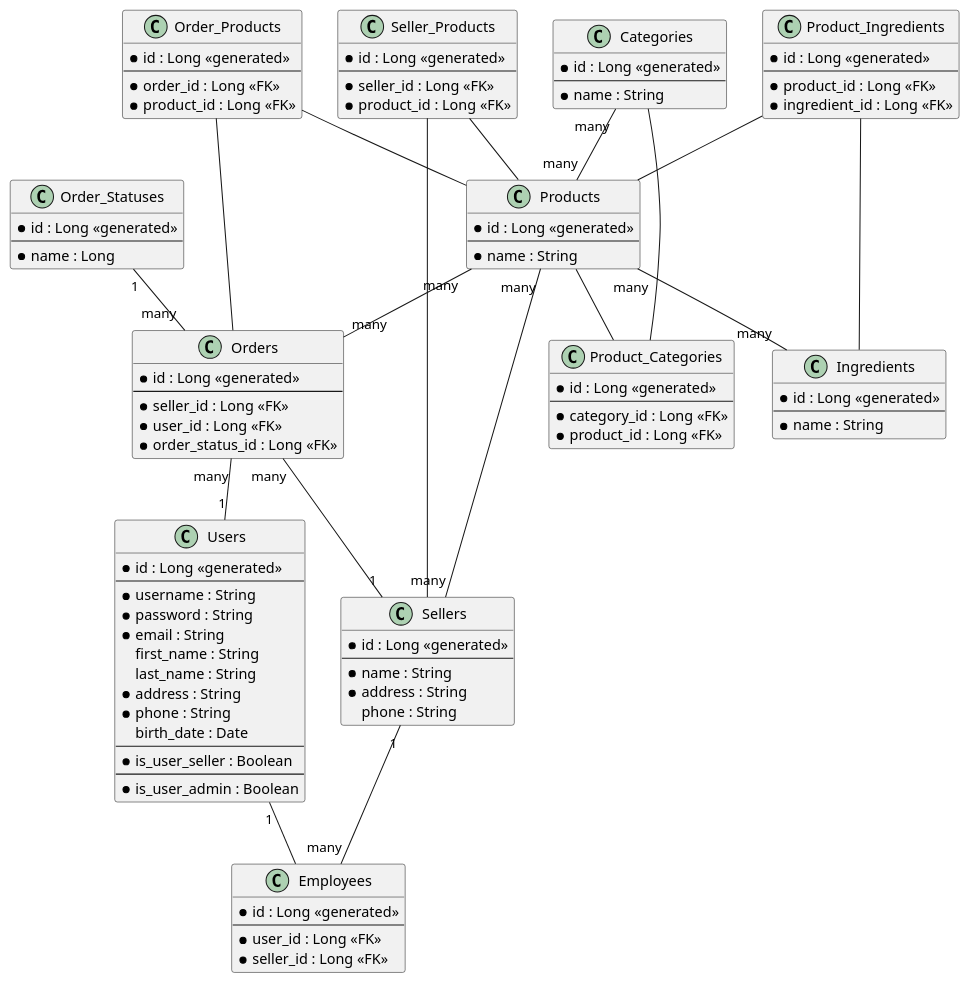
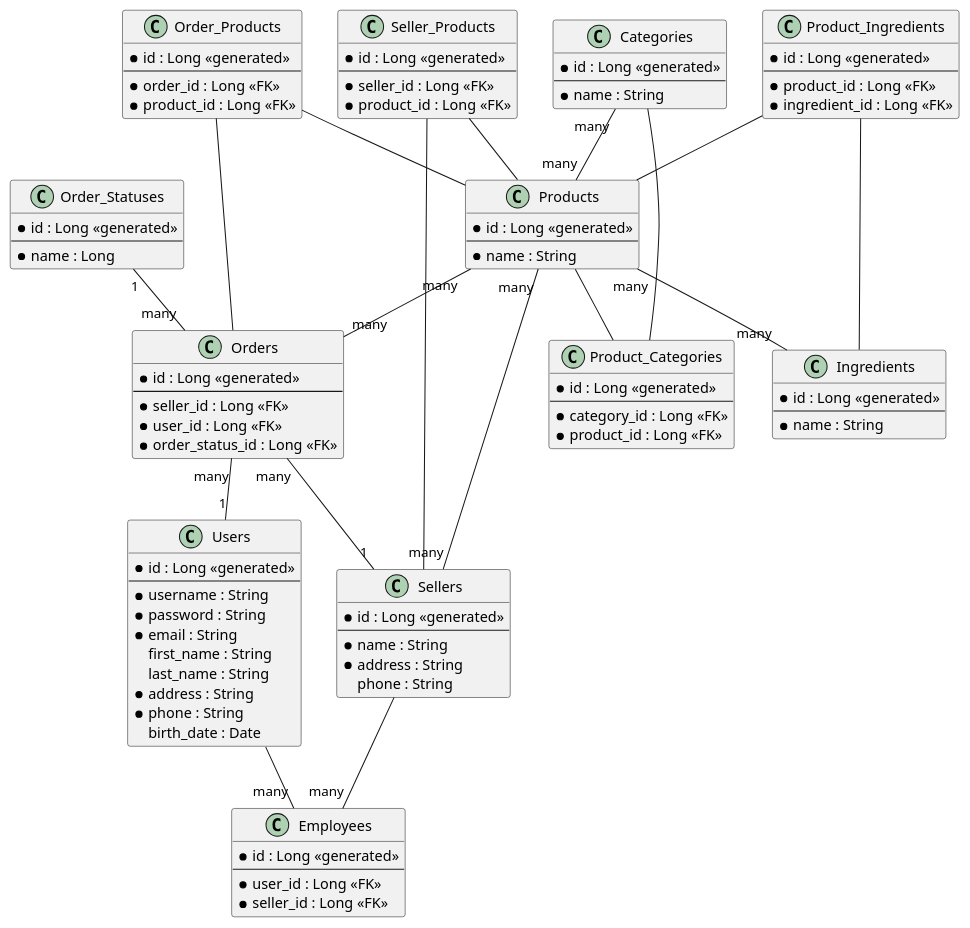
Before and after one commit to csistoc/foodMarket: the diagram in src/main/resources/diagram.puml, drawn with PlantUML. The commit also changed 14 other files, not shown here.

Commit message:
Changed EMPLOYEES table to be a many to many between USERS and SELLERS.

```diff
--- a/src/main/resources/diagram.puml
+++ b/src/main/resources/diagram.puml
@@ -1,144 +1,140 @@
 @startuml
 
 ' Zero or One 	|o--
 ' Exactly One 	||--
 ' Zero or Many 	}o--
 ' One or Many 	}|--
 
 ' dot = mandatory field
 
 ' avoid problems with angled crows feet
 ' skinparam linetype ortho
 
 class "Users" {
     *id : Long <<generated>>
     --
     *username : String
     *password : String
     *email : String
     first_name : String
     last_name : String
     *address : String
     *phone : String
     birth_date : Date
-    --
-    *is_user_seller : Boolean
-    --
-    *is_user_admin : Boolean
 }
 
 class "Sellers" {
     *id : Long <<generated>>
     --
     *name : String
     *address : String
     phone : String
 }
 
 class "Employees" {
     *id : Long <<generated>>
     --
     *user_id : Long <<FK>>
     *seller_id : Long <<FK>>
 }
 
 class "Categories" {
     *id : Long <<generated>>
     --
     *name : String
 }
 
 class "Product_Categories" {
     *id : Long <<generated>>
     --
     *category_id : Long <<FK>>
     *product_id : Long <<FK>>
 }
 
 class "Ingredients" {
     *id : Long <<generated>>
     --
     *name : String
 }
 
 class "Products" {
     *id : Long <<generated>>
     --
     *name : String
 }
 
 class "Product_Ingredients" {
     *id : Long <<generated>>
     --
     *product_id : Long <<FK>>
     *ingredient_id : Long <<FK>>
 }
 
 class "Seller_Products" {
     *id : Long <<generated>>
     --
     *seller_id : Long <<FK>>
     *product_id : Long <<FK>>
 }
 
 class "Order_Statuses" {
     *id : Long <<generated>>
     --
     *name : Long
 }
 
 class "Orders" {
     *id : Long <<generated>>
     --
     *seller_id : Long <<FK>>
     *user_id : Long <<FK>>
     *order_status_id : Long <<FK>>
 }
 
 class "Order_Products" {
     *id : Long <<generated>>
     --
     *order_id : Long <<FK>>
     *product_id : Long <<FK>>
 }
 
-Users "1" -- Employees
+Users -- "many" Employees
 
-Sellers "1" -- "many" Employees
+Sellers -- "many" Employees
 
 Products "many" -- "many" Sellers
 Seller_Products -- Sellers
 Seller_Products -- Products
 
 Products "many" -- "many" Ingredients
 Product_Ingredients -- Ingredients
 Product_Ingredients -- Products
 
 Categories "many" -- "many" Products
 Categories -- Product_Categories
 Products -- Product_Categories
 
 Orders "many" -- "1" Users
 
 Order_Statuses "1" -- "many" Orders
 
 Products "many" -- "many" Orders
 Order_Products -- Products
 Order_Products -- Orders
 
 Orders "many" -- "1" Sellers
 
 
 'e01 }|..|| e02
 'e01 }|..|| e03
 
 'e02 }|..|| e05
 
 'e02 }|..|| e04
 'e03 }|..|| e04
 
 'e02 }|..|| e06
 'e03 }|..|| e06
 
 
 @enduml
```
